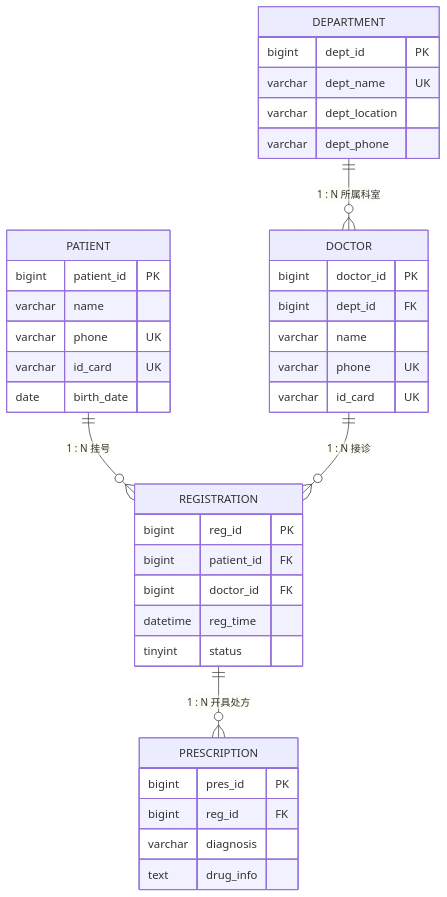
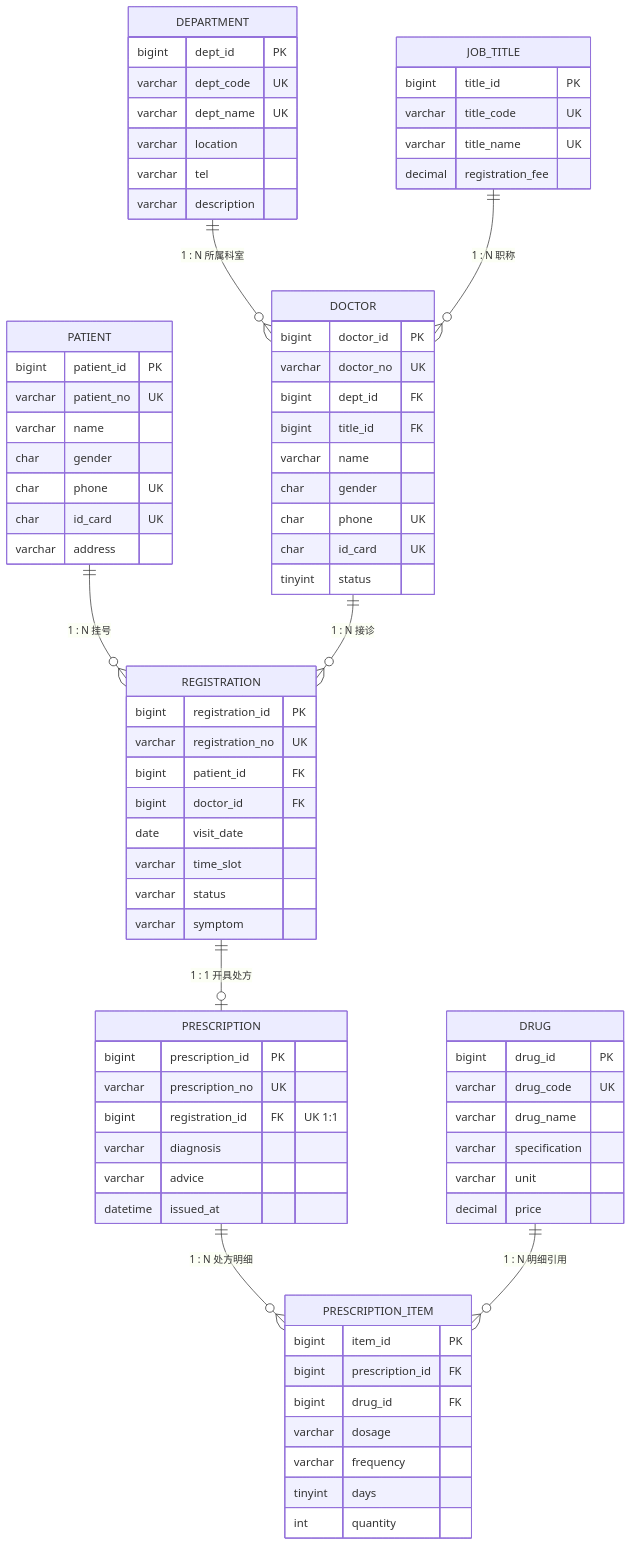
The diagram in docs/实验报告.md (fengsil/javatest), drawn with Mermaid before and after one commit. The commit also changed other lines of this file, not shown here.

Commit message:
实验二：更新实验报告（8 表 ER/3NF 论证、MyBatis-Plus 生成器、CRUD 分层、防注入与校验、38 项测试记录）

````diff
--- a/docs/实验报告.md
+++ b/docs/实验报告.md
@@ -20,41 +20,80 @@
 ```mermaid
 erDiagram
     DEPARTMENT ||--o{ DOCTOR : "1 : N 所属科室"
-    PATIENT   ||--o{ REGISTRATION : "1 : N 挂号"
-    DOCTOR    ||--o{ REGISTRATION : "1 : N 接诊"
-    REGISTRATION ||--o{ PRESCRIPTION : "1 : N 开具处方"
+    JOB_TITLE  ||--o{ DOCTOR : "1 : N 职称"
+    PATIENT    ||--o{ REGISTRATION : "1 : N 挂号"
+    DOCTOR     ||--o{ REGISTRATION : "1 : N 接诊"
+    REGISTRATION ||--o| PRESCRIPTION : "1 : 1 开具处方"
+    PRESCRIPTION ||--o{ PRESCRIPTION_ITEM : "1 : N 处方明细"
+    DRUG       ||--o{ PRESCRIPTION_ITEM : "1 : N 明细引用"
 
     DEPARTMENT {
         bigint dept_id PK
+        varchar dept_code UK
         varchar dept_name UK
-        varchar dept_location
-        varchar dept_phone
+        varchar location
+        varchar tel
+        varchar description
+    }
+    JOB_TITLE {
+        bigint title_id PK
+        varchar title_code UK
+        varchar title_name UK
+        decimal registration_fee
     }
     DOCTOR {
         bigint doctor_id PK
+        varchar doctor_no UK
         bigint dept_id FK
+        bigint title_id FK
         varchar name
-        varchar phone UK
-        varchar id_card UK
+        char gender
+        char phone UK
+        char id_card UK
+        tinyint status
     }
     PATIENT {
         bigint patient_id PK
+        varchar patient_no UK
         varchar name
-        varchar phone UK
-        varchar id_card UK
-        date birth_date
+        char gender
+        char phone UK
+        char id_card UK
+        varchar address
     }
     REGISTRATION {
-        bigint reg_id PK
+        bigint registration_id PK
+        varchar registration_no UK
         bigint patient_id FK
         bigint doctor_id FK
-        datetime reg_time
-        tinyint status
+        date visit_date
+        varchar time_slot
+        varchar status
+        varchar symptom
     }
     PRESCRIPTION {
-        bigint pres_id PK
-        bigint reg_id FK
+        bigint prescription_id PK
+        varchar prescription_no UK
+        bigint registration_id FK "UK 1:1"
         varchar diagnosis
-        text drug_info
+        varchar advice
+        datetime issued_at
+    }
+    PRESCRIPTION_ITEM {
+        bigint item_id PK
+        bigint prescription_id FK
+        bigint drug_id FK
+        varchar dosage
+        varchar frequency
+        tinyint days
+        int quantity
+    }
+    DRUG {
+        bigint drug_id PK
+        varchar drug_code UK
+        varchar drug_name
+        varchar specification
+        varchar unit
+        decimal price
     }
 ```
````
